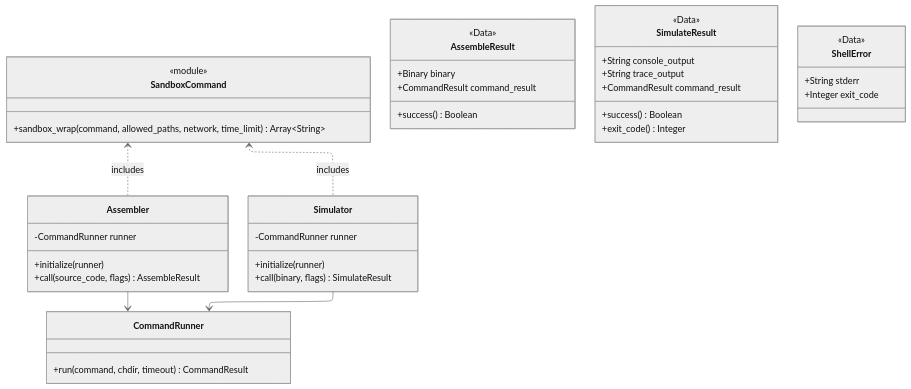
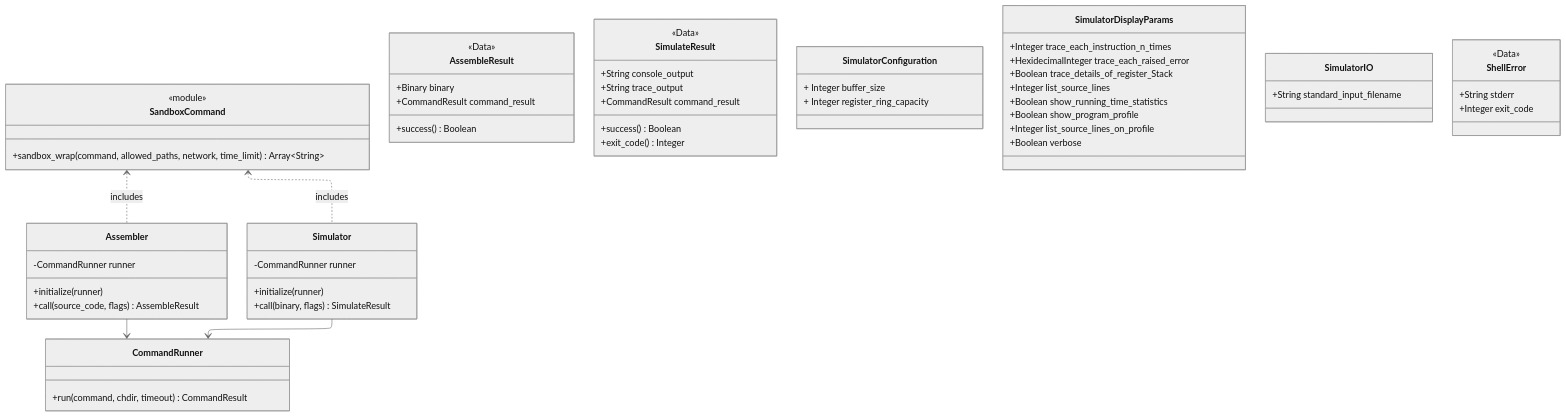
One commit to Wirt4/mmix-simulator changed the first of 5 diagrams in docs/service_architecture.md. Above: the diagram before and after it, drawn with Mermaid (neutral theme).

Commit message:
added parameter class to diagram

````diff
--- a/docs/service_architecture.md
+++ b/docs/service_architecture.md
@@ -13,56 +13,75 @@
 ``` mermaid
 ---
 config:
   layout: elk
 ---
 classDiagram
 direction TB
     class SandboxCommand {
 	    +sandbox_wrap(command, allowed_paths, network, time_limit) Array~String~
     }
 
     class AssembleResult {
 	    +Binary binary
 	    +CommandResult command_result
 	    +success() Boolean
     }
 
     class SimulateResult {
 	    +String console_output
 	    +String trace_output
 	    +CommandResult command_result
 	    +success() Boolean
 	    +exit_code() Integer
     }
 
     class CommandRunner {
 	    +run(command, chdir, timeout) CommandResult
     }
 
     class Assembler {
 	    -CommandRunner runner
 	    +initialize(runner)
 	    +call(source_code, flags) AssembleResult
     }
 
     class Simulator {
 	    -CommandRunner runner
 	    +initialize(runner)
 	    +call(binary, flags) SimulateResult
     }
+    
+    class SimulatorConfiguration {
+	+ Integer buffer_size
+        + Integer register_ring_capacity
+}
+    class SimulatorDisplayParams {
+	+Integer trace_each_instruction_n_times
+        +HexidecimalInteger trace_each_raised_error
+        +Boolean trace_details_of_register_Stack
+	+Integer list_source_lines
+        +Boolean show_running_time_statistics
+	+Boolean show_program_profile
+        +Integer list_source_lines_on_profile
+        +Boolean verbose
+    }
+    class SimulatorIO{
+	+String standard_input_filename
+    }
 
+    
     class ShellError {
 	    +String stderr
 	    +Integer exit_code
     }
 
 	<<Data>>   ShellError
 	<<module>> SandboxCommand
 	<<Data>> AssembleResult
 	<<Data>> SimulateResult
 
     Assembler --> CommandRunner
     Simulator --> CommandRunner
     SandboxCommand <.. Assembler : includes
     SandboxCommand <.. Simulator : includes
 ```
````
